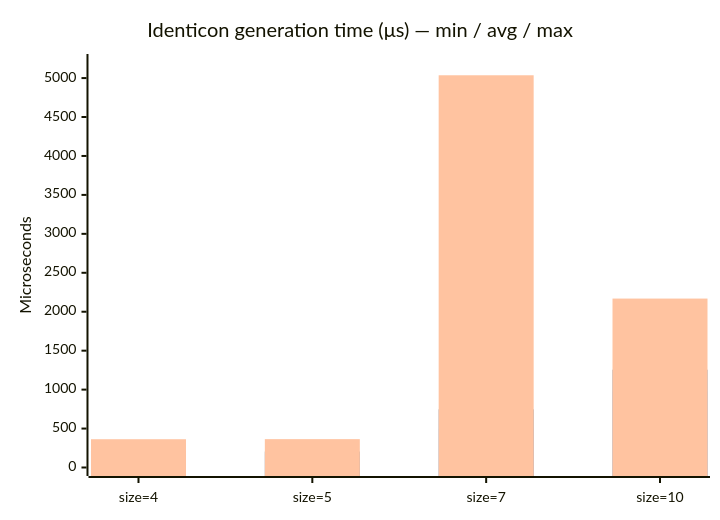
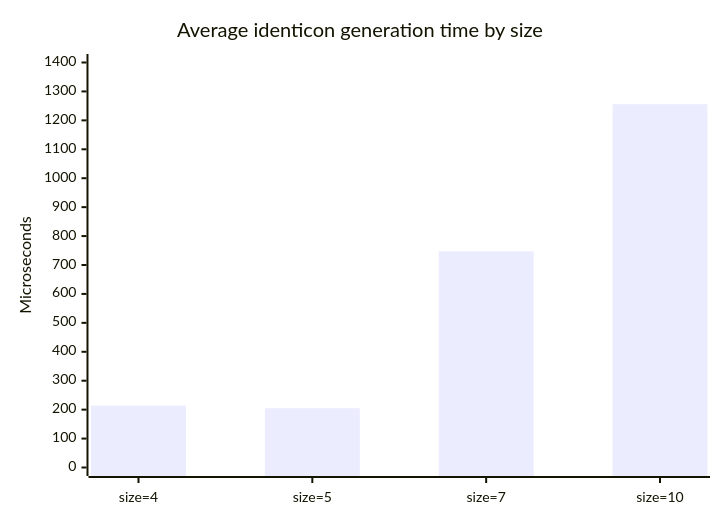
The diagram in README.md (waseigo/identicon_svg), drawn with Mermaid before and after one commit. The commit also changed other lines of this file, not shown here.

Commit message:
fix chart to single series, mention min/max in text

````diff
--- a/README.md
+++ b/README.md
@@ -88,9 +88,7 @@
 ```mermaid
 xychart-beta
-  title "Identicon generation time (μs) — min / avg / max"
+  title "Average identicon generation time by size"
   x-axis ["size=4", "size=5", "size=7", "size=10"]
-  y-axis "Microseconds" 0 --> 5200
-  bar [176, 178, 498, 979]
+  y-axis "Microseconds" 0 --> 1400
   bar [214, 205, 747, 1256]
-  bar [363, 364, 5036, 2169]
 ```
````
